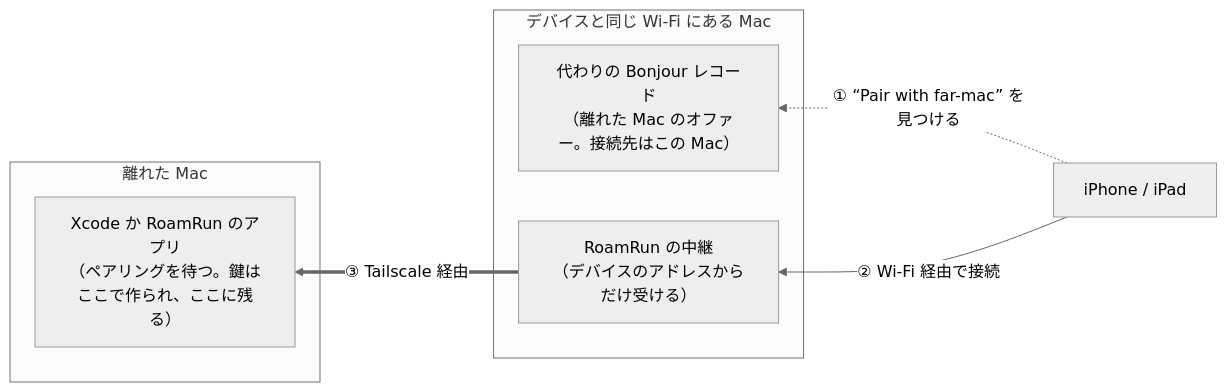
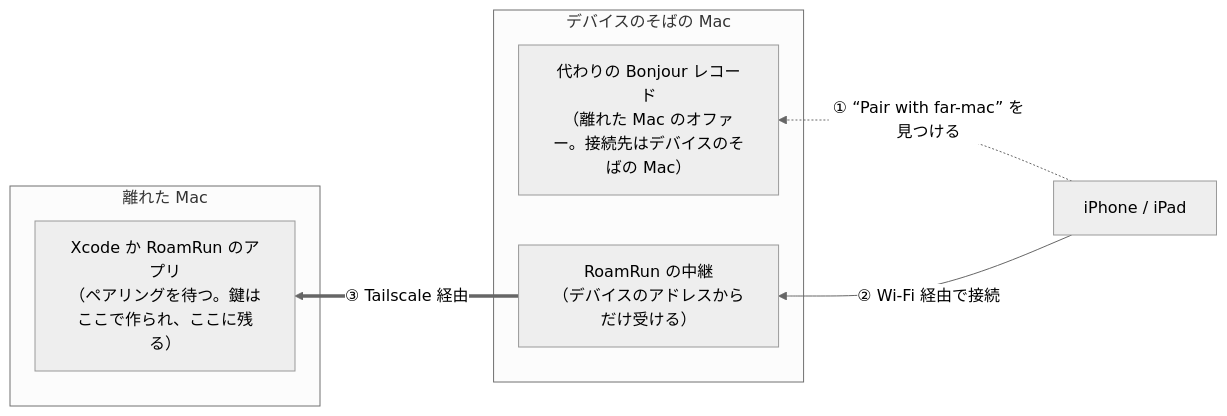
One commit to mh-mobile/RoamRun changed the second of 2 diagrams in docs/how-it-works.ja.md. Above: the diagram before and after it, drawn with Mermaid (neutral theme). The commit also changed other lines of this file and 6 other files, not shown here.

````diff
--- a/docs/how-it-works.ja.md
+++ b/docs/how-it-works.ja.md
@@ -51,14 +51,14 @@
 ```mermaid
 flowchart RL
-  subgraph home["デバイスと同じ Wi-Fi にある Mac"]
-    fake["代わりの Bonjour レコード<br/>（離れた Mac のオファー。接続先はこの Mac）"]
+  subgraph home["デバイスのそばの Mac"]
+    fake["代わりの Bonjour レコード<br/>（離れた Mac のオファー。接続先はデバイスのそばの Mac）"]
     relay["RoamRun の中継<br/>（デバイスのアドレスからだけ受ける）"]
   end
   subgraph far["離れた Mac"]
     host["Xcode か RoamRun のアプリ<br/>（ペアリングを待つ。鍵はここで作られ、ここに残る）"]
   end
   iphone["iPhone / iPad"]
   iphone -. "① “Pair with far-mac” を見つける" .-> fake
   iphone -- "② Wi-Fi 経由で接続" --> relay
   relay == "③ Tailscale 経由" ==> host
 ```
````
